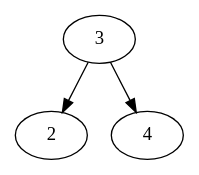
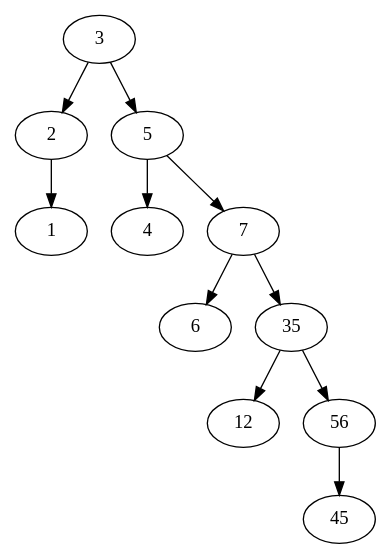
One commit to Vermillio/Algo_Labs changed the diagram in PersistentSet/tmp.gv. Above: the diagram before and after it, drawn with Graphviz. The commit also changed 8 other files, not shown here.

```diff
--- a/PersistentSet/tmp.gv
+++ b/PersistentSet/tmp.gv
@@ -1,7 +1,23 @@
 digraph im {
 A1 [label="3"];
 A1-> A2;
 A2 [label="2"];
+A2-> A4;
+A4 [label="1"];
 A1-> A3;
-A3 [label="4"];
+A3 [label="5"];
+A3-> A6;
+A6 [label="4"];
+A3-> A7;
+A7 [label="7"];
+A7-> A14;
+A14 [label="6"];
+A7-> A15;
+A15 [label="35"];
+A15-> A30;
+A30 [label="12"];
+A15-> A31;
+A31 [label="56"];
+A31-> A62;
+A62 [label="45"];
 }
```
